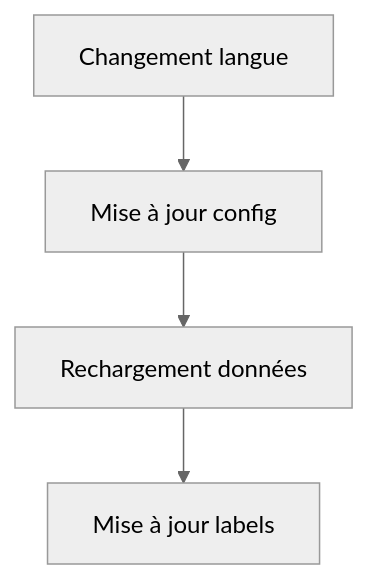
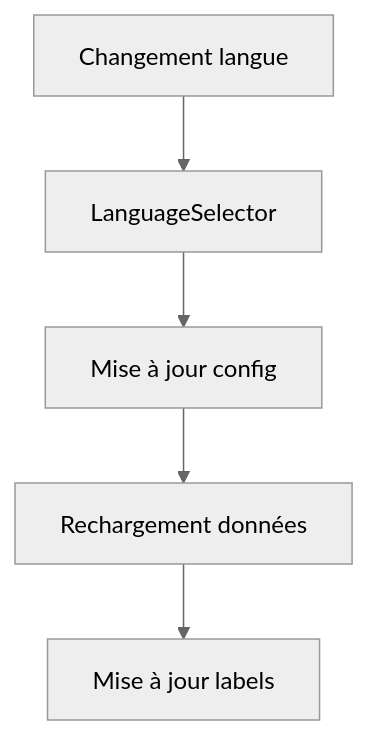
Before and after one commit to flobutbut/UniversalTimeline: the ninth of 9 diagrams in Documentation-flux-donnees.md, drawn with Mermaid (neutral theme). The commit also changed other lines of this file and 5 other files, not shown here.

First line of the commit message:
refactor: Documentation complète mise à jour et fidèle à la codebase

````diff
--- a/Documentation-flux-donnees.md
+++ b/Documentation-flux-donnees.md
@@ -80,6 +138,7 @@
 ```mermaid
 graph TD
-    A[Changement langue] --> B[Mise à jour config]
-    B --> C[Rechargement données]
-    C --> D[Mise à jour labels]
+    A[Changement langue] --> B[LanguageSelector]
+    B --> C[Mise à jour config]
+    C --> D[Rechargement données]
+    D --> E[Mise à jour labels]
 ```
````
